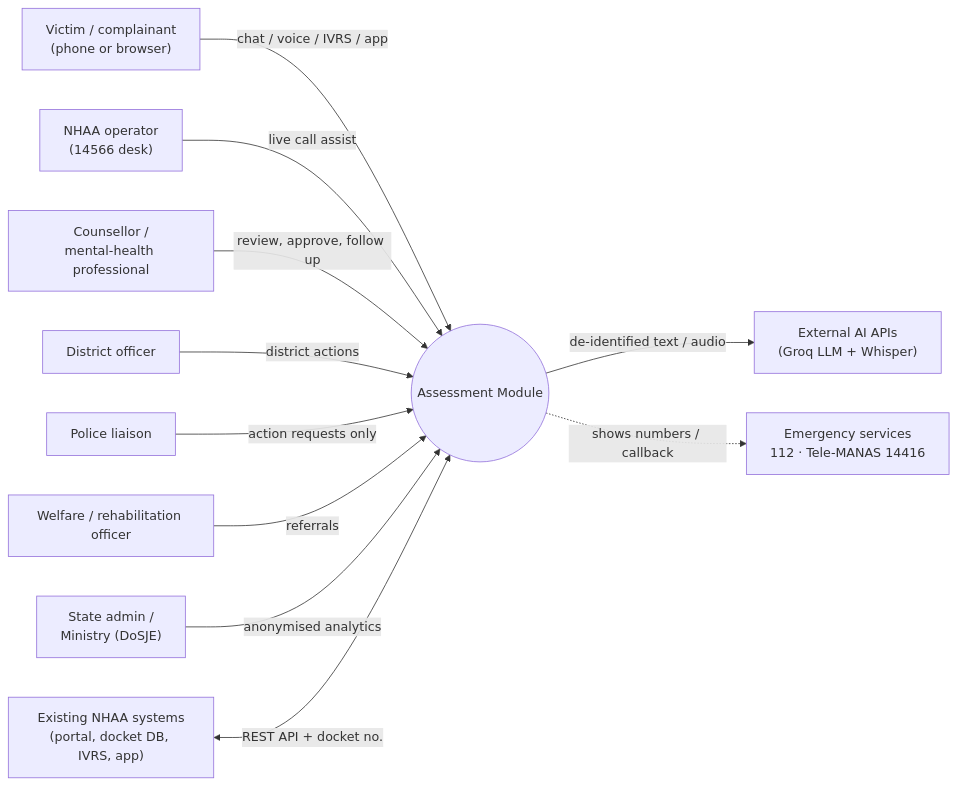
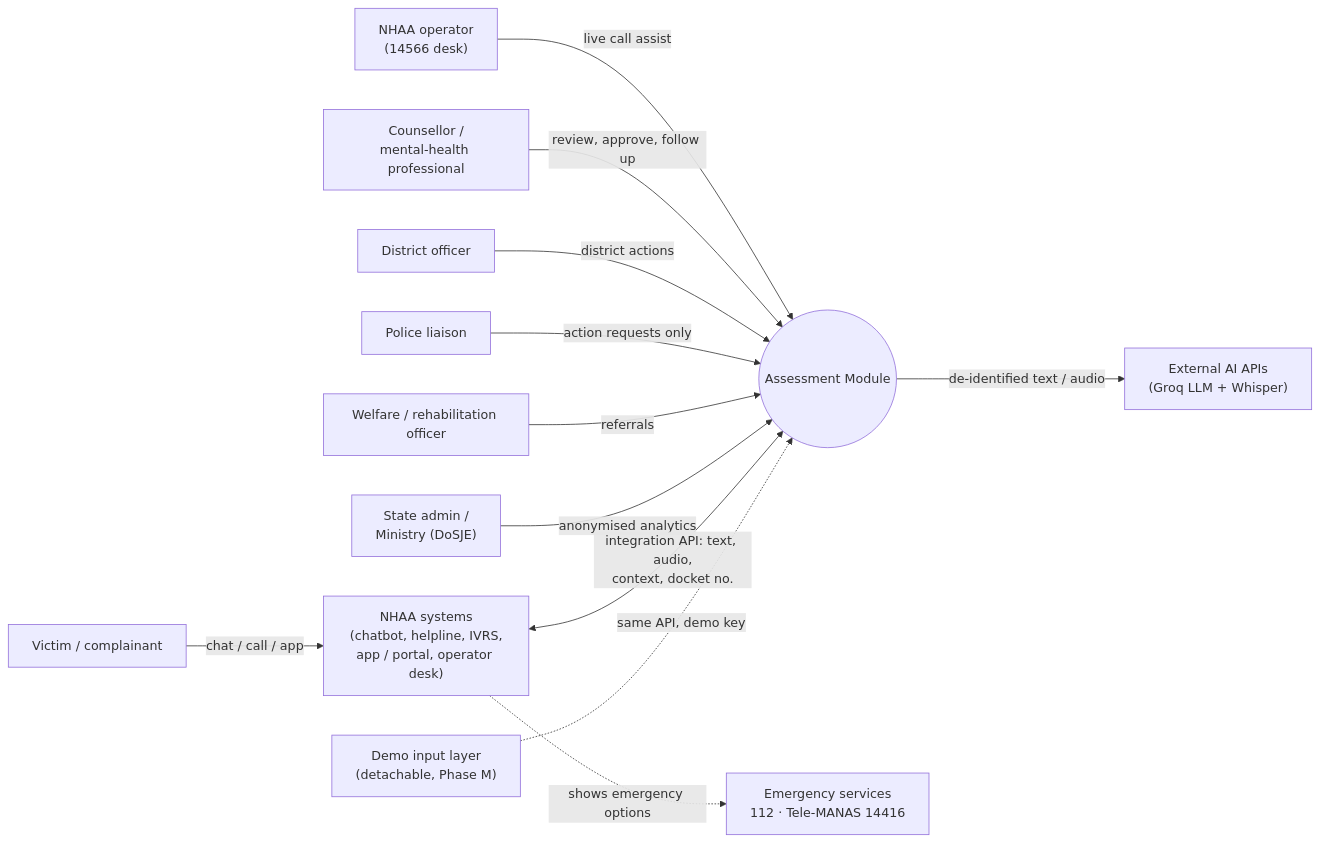
Before and after one commit to anushkaa2205/AI-Based-Real-Time-Stress-and-Trauma-Assessment-Module: the first of 11 diagrams in docs/ARCHITECTURE.md, drawn with Mermaid. The commit also changed other lines of this file and 6 other files, not shown here.

Commit message:
docs: restate the spec as a plug-in module; remove FR-SCR, the screener source, IVR_KEYPRESS and the victim API; OV-9 from words; add Phase M (M.1)

````diff
--- a/docs/ARCHITECTURE.md
+++ b/docs/ARCHITECTURE.md
@@ -56,25 +57,27 @@
 ```mermaid
 flowchart LR
-    V["Victim / complainant<br/>(phone or browser)"]
+    V["Victim / complainant"]
     OP["NHAA operator<br/>(14566 desk)"]
     CO["Counsellor /<br/>mental-health professional"]
     DO["District officer"]
     PL["Police liaison"]
     WO["Welfare / rehabilitation officer"]
     SM["State admin /<br/>Ministry (DoSJE)"]
     SYS(("Assessment Module"))
-    NHAA["Existing NHAA systems<br/>(portal, docket DB, IVRS, app)"]
+    NHAA["NHAA systems<br/>(chatbot, helpline, IVRS,<br/>app / portal, operator desk)"]
+    DEMO["Demo input layer<br/>(detachable, Phase M)"]
     AI["External AI APIs<br/>(Groq LLM + Whisper)"]
     EM["Emergency services<br/>112 · Tele-MANAS 14416"]
 
-    V -- "chat / voice / IVRS / app" --> SYS
+    V -- "chat / call / app" --> NHAA
     OP -- "live call assist" --> SYS
     CO -- "review, approve, follow up" --> SYS
     DO -- "district actions" --> SYS
     PL -- "action requests only" --> SYS
     WO -- "referrals" --> SYS
     SM -- "anonymised analytics" --> SYS
-    NHAA <-- "REST API + docket no." --> SYS
+    NHAA <-- "integration API: text, audio,<br/>context, docket no." --> SYS
+    DEMO -. "same API, demo key" .-> SYS
     SYS -- "de-identified text / audio" --> AI
-    SYS -. "shows numbers / callback" .-> EM
+    NHAA -. "shows emergency options" .-> EM
 ```
````
